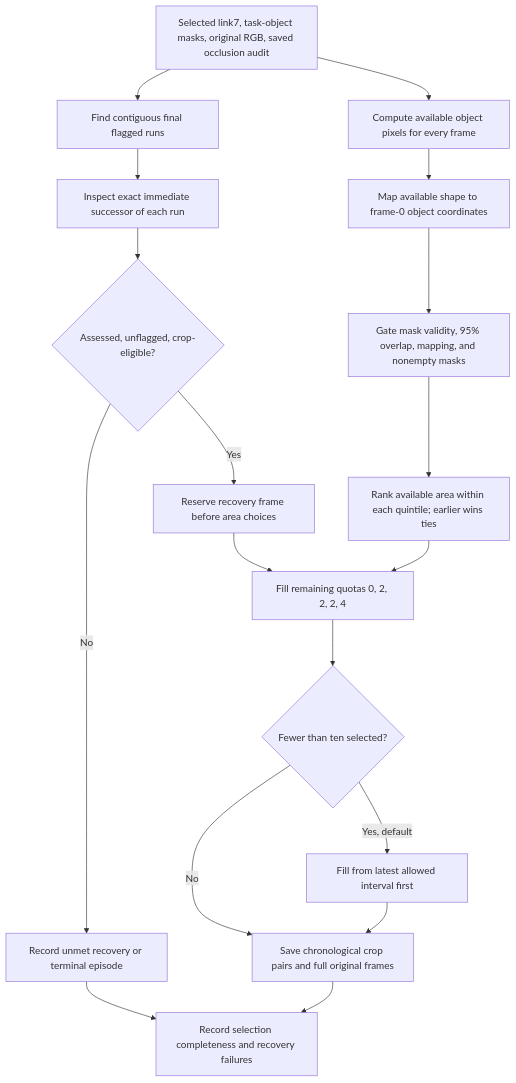
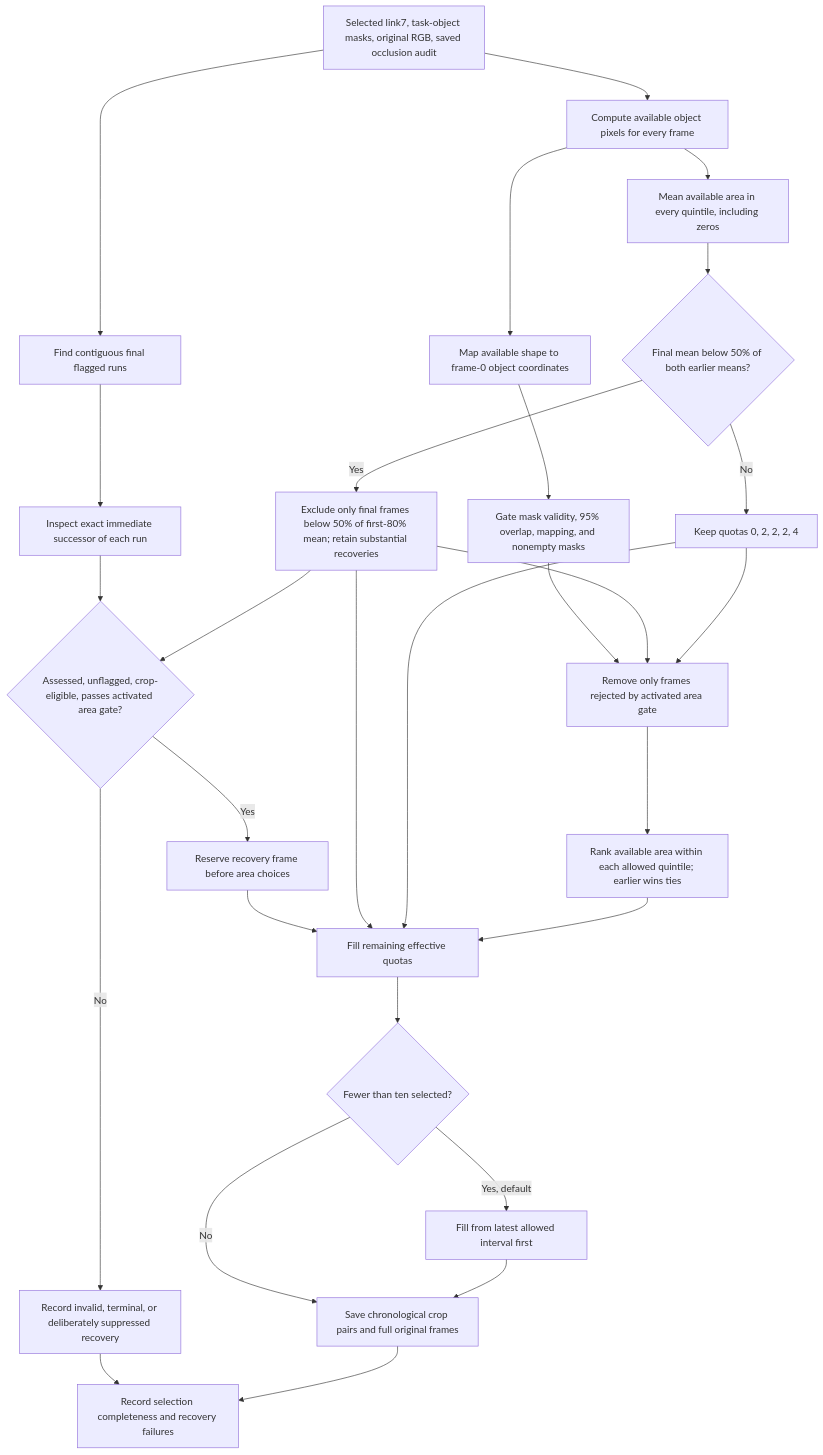
Before and after one commit to Wilsonnijc-bot/PDIBench_Segment_CAD: the fourth of 4 diagrams in PDI-Bench-edited/docs/link7_object_masking_occlusion_cropping.md, drawn with Mermaid. The commit also changed other lines of this file and 75 other files, not shown here.

````diff
--- a/PDI-Bench-edited/docs/link7_object_masking_occlusion_cropping.md
+++ b/PDI-Bench-edited/docs/link7_object_masking_occlusion_cropping.md
@@ -556,20 +644,30 @@
 ```mermaid
 flowchart TD
     INPUT["Selected link7, task-object masks, original RGB, saved occlusion audit"] --> AVAILABLE["Compute available object pixels for every frame"]
     AVAILABLE --> MAP["Map available shape to frame-0 object coordinates"]
     MAP --> ELIGIBLE["Gate mask validity, 95% overlap, mapping, and nonempty masks"]
+    AVAILABLE --> MEANS["Mean available area in every quintile, including zeros"]
+    MEANS --> COLLAPSE{"Final mean below 50% of both earlier means?"}
+    COLLAPSE -->|Yes| SKIP["Exclude only final frames below 50% of first-80% mean; retain substantial recoveries"]
+    COLLAPSE -->|No| NORMAL["Keep quotas 0, 2, 2, 2, 4"]
     INPUT --> RUNS["Find contiguous final flagged runs"]
     RUNS --> SUCCESSOR["Inspect exact immediate successor of each run"]
-    SUCCESSOR --> RECOVERY{"Assessed, unflagged, crop-eligible?"}
+    SUCCESSOR --> RECOVERY{"Assessed, unflagged, crop-eligible, passes activated area gate?"}
+    SKIP --> RECOVERY
     RECOVERY -->|Yes| RESERVE["Reserve recovery frame before area choices"]
-    RECOVERY -->|No| ISSUE["Record unmet recovery or terminal episode"]
-    ELIGIBLE --> RANK["Rank available area within each quintile; earlier wins ties"]
-    RESERVE --> FILL["Fill remaining quotas 0, 2, 2, 2, 4"]
+    RECOVERY -->|No| ISSUE["Record invalid, terminal, or deliberately suppressed recovery"]
+    ELIGIBLE --> FILTER["Remove only frames rejected by activated area gate"]
+    SKIP --> FILTER
+    NORMAL --> FILTER
+    FILTER --> RANK["Rank available area within each allowed quintile; earlier wins ties"]
+    RESERVE --> FILL["Fill remaining effective quotas"]
+    SKIP --> FILL
+    NORMAL --> FILL
     RANK --> FILL
     FILL --> SHORT{"Fewer than ten selected?"}
     SHORT -->|Yes, default| DONOR["Fill from latest allowed interval first"]
     SHORT -->|No| SAVE["Save chronological crop pairs and full original frames"]
     DONOR --> SAVE
     ISSUE --> REPORT["Record selection completeness and recovery failures"]
     SAVE --> REPORT
 ```
````
